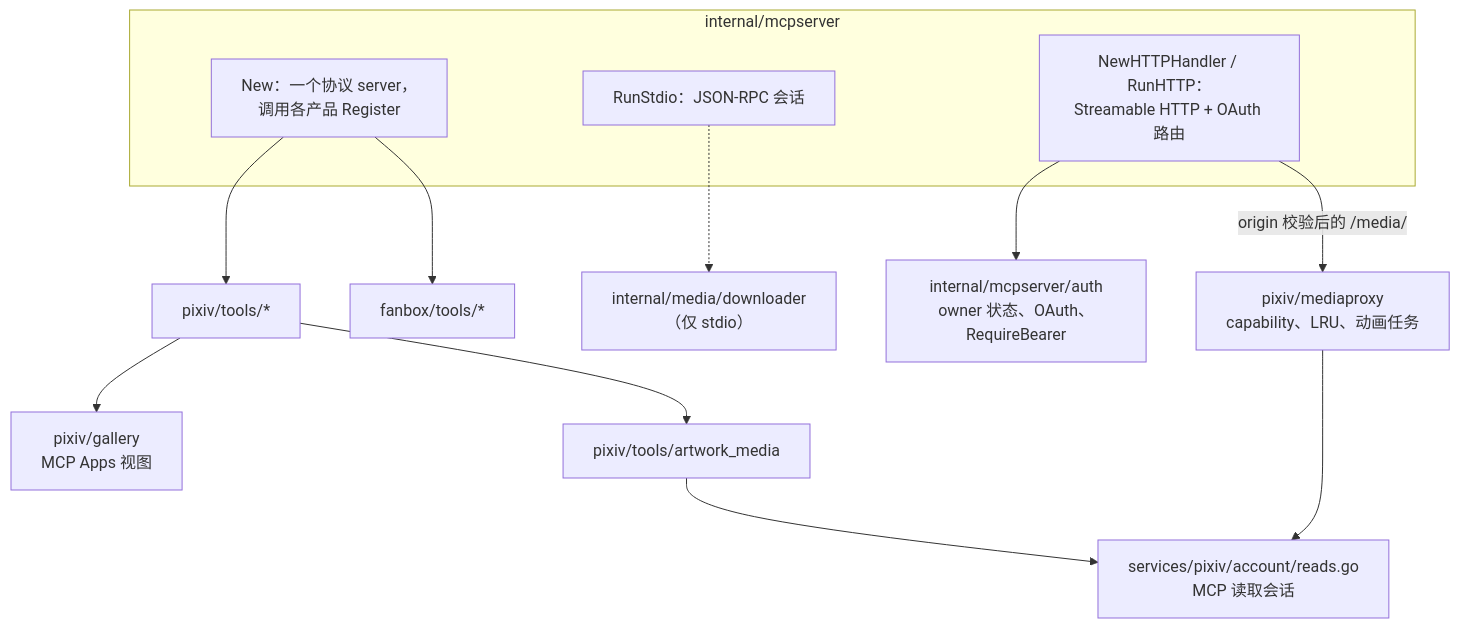
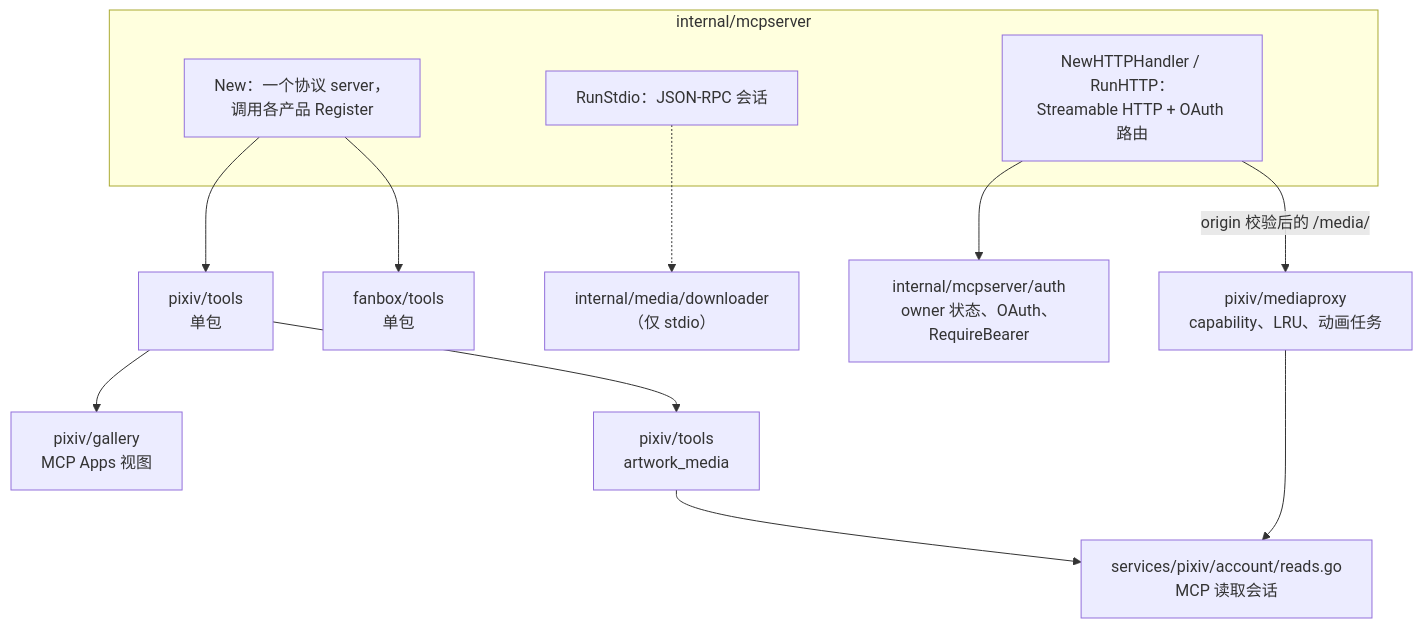
The first of 2 diagrams in docs/zh-CN/maintainers/architecture-mcp.md (FlanChanXwO/pixiv-cli), drawn with Mermaid before and after one commit. The commit also changed other lines of this file and 96 other files, not shown here.

````diff
--- a/docs/zh-CN/maintainers/architecture-mcp.md
+++ b/docs/zh-CN/maintainers/architecture-mcp.md
@@ -7,22 +7,22 @@
 ```mermaid
 flowchart TB
     subgraph root["internal/mcpserver"]
         NEW["New：一个协议 server，<br/>调用各产品 Register"]
         STDIO["RunStdio：JSON-RPC 会话"]
         HTTP["NewHTTPHandler / RunHTTP：<br/>Streamable HTTP + OAuth 路由"]
     end
     AUTH["internal/mcpserver/auth<br/>owner 状态、OAuth、RequireBearer"]
-    PX["pixiv/tools/*"]
-    FB["fanbox/tools/*"]
+    PX["pixiv/tools<br/>单包"]
+    FB["fanbox/tools<br/>单包"]
     GAL["pixiv/gallery<br/>MCP Apps 视图"]
     MP["pixiv/mediaproxy<br/>capability、LRU、动画任务"]
-    AM["pixiv/tools/artwork_media"]
+    AM["pixiv/tools<br/>artwork_media"]
     RS["services/pixiv/account/reads.go<br/>MCP 读取会话"]
     DL["internal/media/downloader<br/>（仅 stdio）"]
     NEW --> PX & FB
     HTTP --> AUTH
     HTTP -->|"origin 校验后的 /media/"| MP
     PX --> GAL & AM
     AM & MP --> RS
     STDIO -.-> DL
 ```
````
